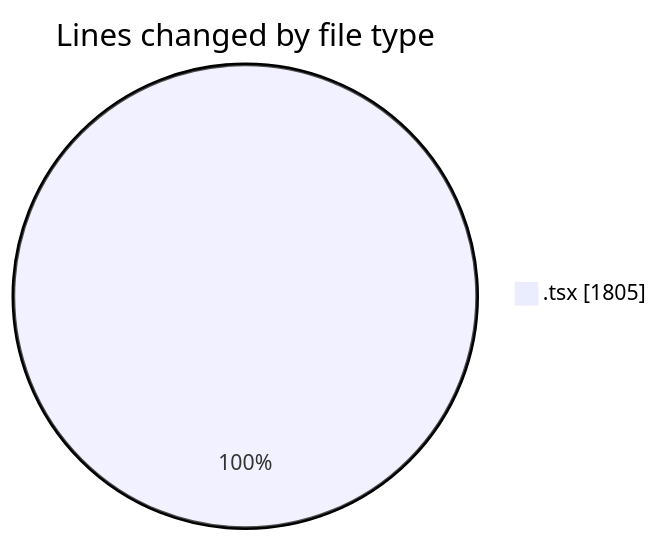
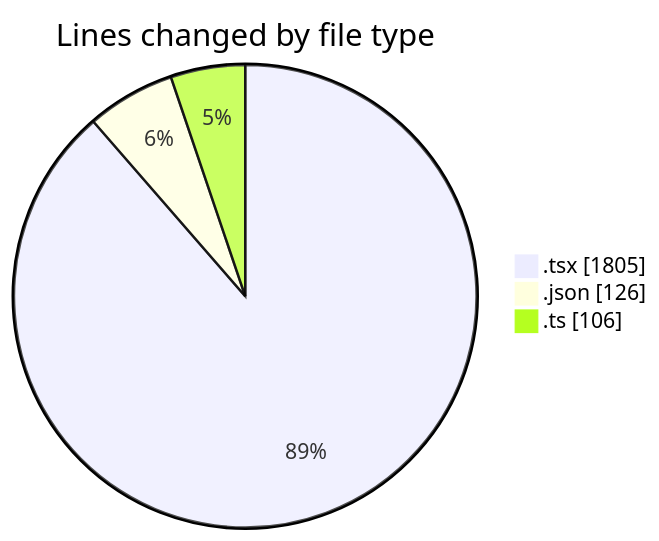
Before and after one commit to nxtqubesakshisongat/code-tracking: the first of 2 diagrams in 2026-03-30/nxtqube_webapp/README.md, drawn with Mermaid. The commit also changed other lines of this file and 1 other file, not shown here.

````diff
--- a/2026-03-30/nxtqube_webapp/README.md
+++ b/2026-03-30/nxtqube_webapp/README.md
@@ -22,5 +24,7 @@
 ```mermaid
 pie showData
 title Lines changed by file type
 ".tsx" : 1805
+".json" : 126
+".ts" : 106
 ```
````
